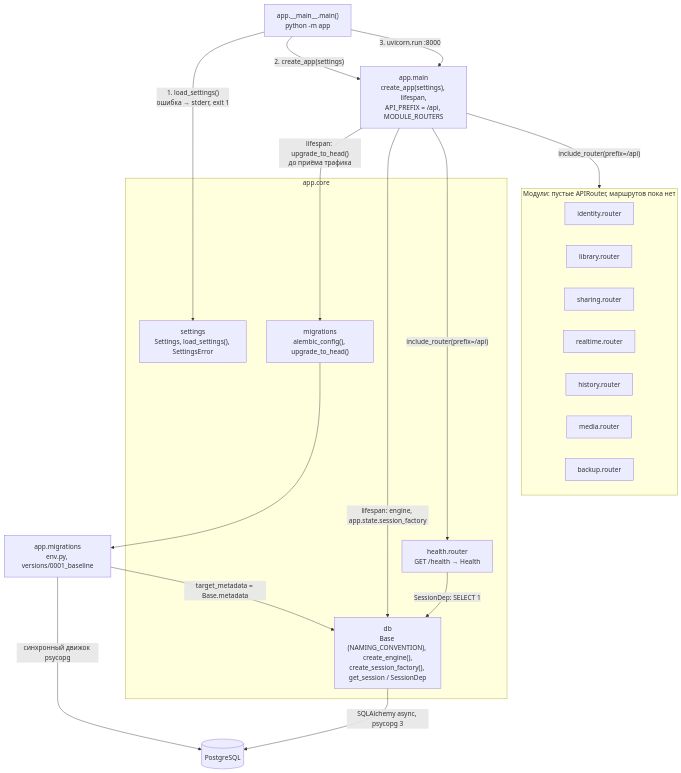
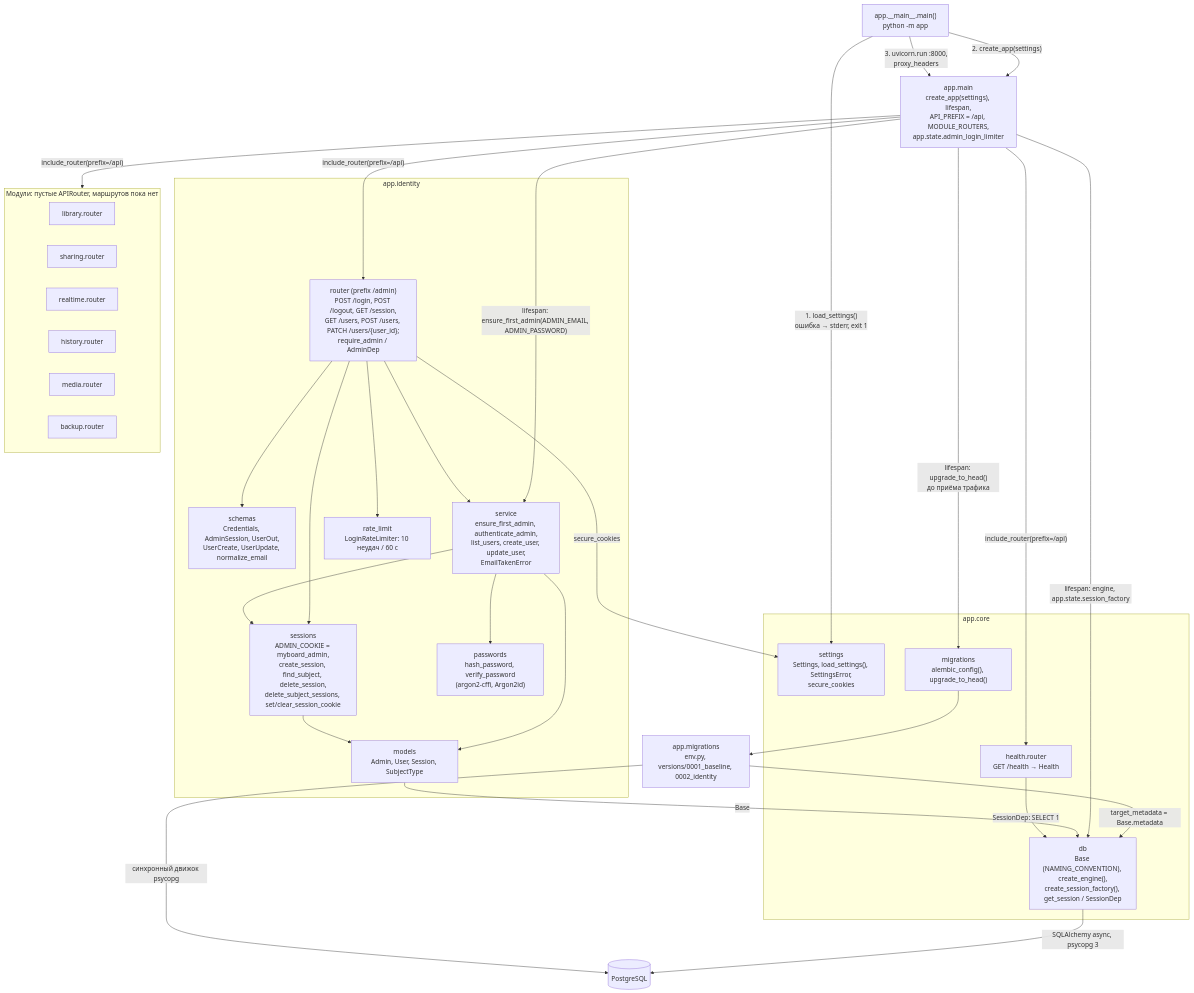
The first of 2 diagrams in uml/components.md (shumakove/myboard), drawn with Mermaid before and after one commit. The commit also changed other lines of this file and 5 other files, not shown here.

First line of the commit message:
T1.1: Обновить UML по панели администратора

````diff
--- a/uml/components.md
+++ b/uml/components.md
@@ -7,35 +7,55 @@
 ```mermaid
 flowchart TB
   entry["app.__main__.main()<br/>python -m app"]
   subgraph core [app.core]
-    settings["settings<br/>Settings, load_settings(), SettingsError"]
+    settings["settings<br/>Settings, load_settings(), SettingsError,<br/>secure_cookies"]
     db["db<br/>Base (NAMING_CONVENTION), create_engine(),<br/>create_session_factory(), get_session / SessionDep"]
     migrations["migrations<br/>alembic_config(), upgrade_to_head()"]
     health["health.router<br/>GET /health → Health"]
   end
-  main["app.main<br/>create_app(settings), lifespan,<br/>API_PREFIX = /api, MODULE_ROUTERS"]
+  main["app.main<br/>create_app(settings), lifespan,<br/>API_PREFIX = /api, MODULE_ROUTERS,<br/>app.state.admin_login_limiter"]
+  subgraph identity [app.identity]
+    irouter["router (prefix /admin)<br/>POST /login, POST /logout, GET /session,<br/>GET /users, POST /users, PATCH /users/{user_id};<br/>require_admin / AdminDep"]
+    ischemas["schemas<br/>Credentials, AdminSession, UserOut,<br/>UserCreate, UserUpdate, normalize_email"]
+    iservice["service<br/>ensure_first_admin, authenticate_admin,<br/>list_users, create_user, update_user,<br/>EmailTakenError"]
+    isessions["sessions<br/>ADMIN_COOKIE = myboard_admin,<br/>create_session, find_subject, delete_session,<br/>delete_subject_sessions, set/clear_session_cookie"]
+    ipasswords["passwords<br/>hash_password, verify_password<br/>(argon2-cffi, Argon2id)"]
+    ilimit["rate_limit<br/>LoginRateLimiter: 10 неудач / 60 с"]
+    imodels["models<br/>Admin, User, Session, SubjectType"]
+  end
   subgraph modules [Модули: пустые APIRouter, маршрутов пока нет]
-    identity[identity.router]
     library[library.router]
     sharing[sharing.router]
     realtime[realtime.router]
     history[history.router]
     media[media.router]
     backup[backup.router]
   end
-  alembic["app.migrations<br/>env.py, versions/0001_baseline"]
+  alembic["app.migrations<br/>env.py, versions/0001_baseline, 0002_identity"]
   pg[(PostgreSQL)]
 
   entry -->|"1. load_settings()<br/>ошибка → stderr, exit 1"| settings
   entry -->|"2. create_app(settings)"| main
-  entry -->|"3. uvicorn.run :8000"| main
+  entry -->|"3. uvicorn.run :8000,<br/>proxy_headers"| main
   main -->|"lifespan: upgrade_to_head()<br/>до приёма трафика"| migrations
   migrations --> alembic
   alembic -->|"target_metadata = Base.metadata"| db
   main -->|"lifespan: engine, app.state.session_factory"| db
+  main -->|"lifespan: ensure_first_admin(ADMIN_EMAIL, ADMIN_PASSWORD)"| iservice
   main -->|"include_router(prefix=/api)"| health
+  main -->|"include_router(prefix=/api)"| irouter
   main -->|"include_router(prefix=/api)"| modules
+  irouter --> ischemas
+  irouter --> iservice
+  irouter --> isessions
+  irouter --> ilimit
+  irouter -->|"secure_cookies"| settings
+  iservice --> ipasswords
+  iservice --> isessions
+  iservice --> imodels
+  isessions --> imodels
+  imodels -->|"Base"| db
   health -->|"SessionDep: SELECT 1"| db
   db -->|"SQLAlchemy async, psycopg 3"| pg
   alembic -->|"синхронный движок psycopg"| pg
 ```
````
